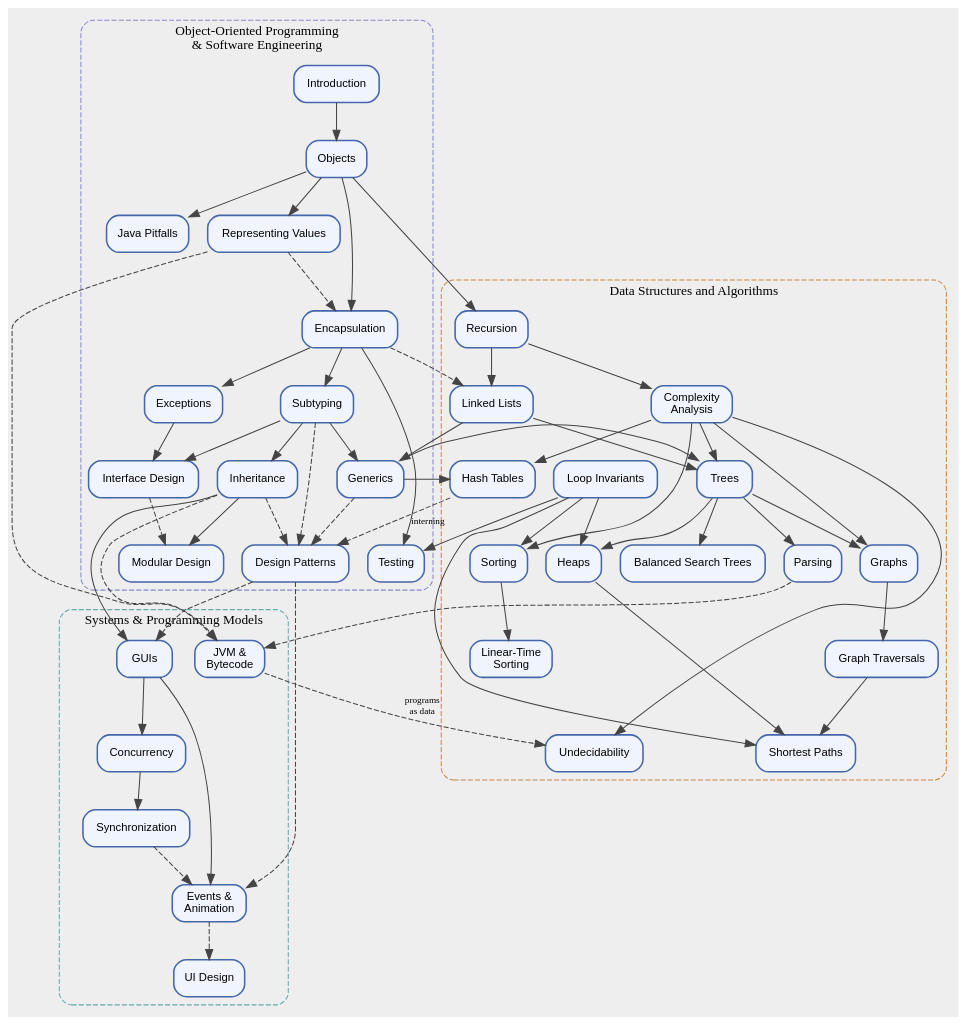
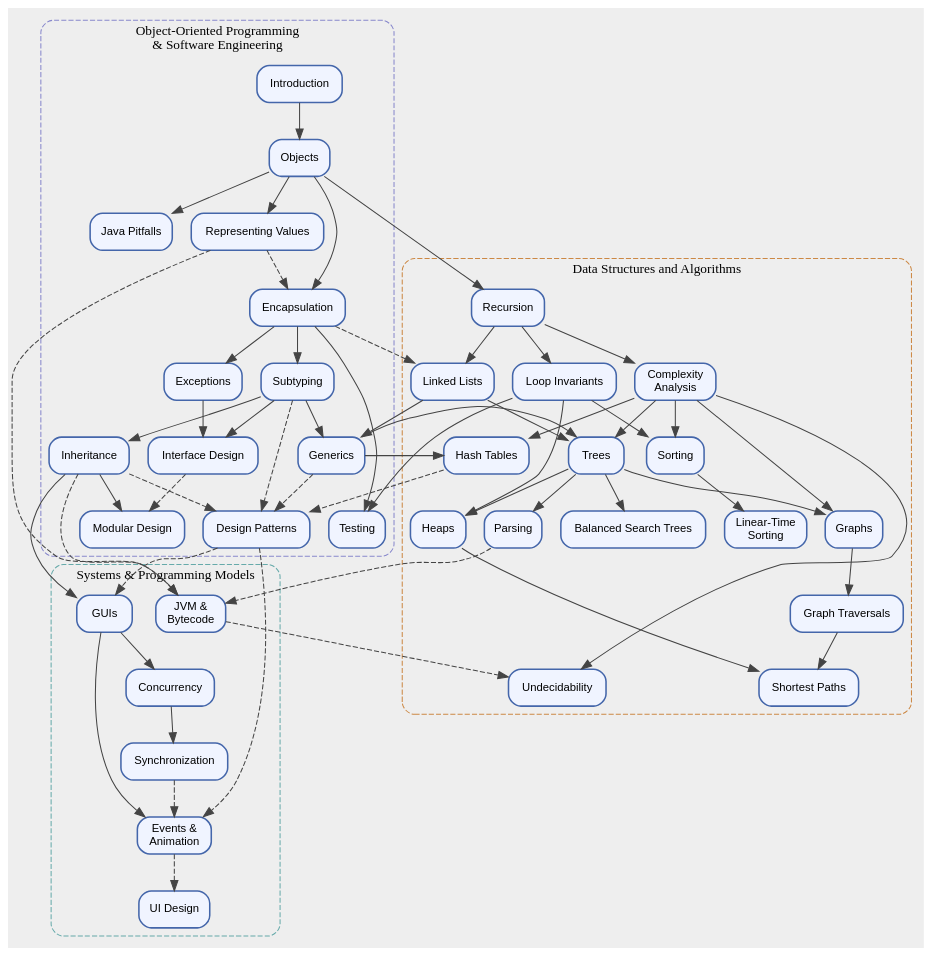
One commit to andrewcmyers/oodds changed the diagram in lectures/dependencies.dot. Above: the diagram before and after it, drawn with Graphviz. The commit also changed 1 other file, not shown here.

```diff
--- a/lectures/dependencies.dot
+++ b/lectures/dependencies.dot
@@ -1,170 +1,170 @@
 // Lecture dependency diagram
 // Solid edges = strict prerequisite (must read X before Y)
 // Dashed edges = helpful background (X provides useful context for Y)
 
 digraph dependencies {
     rankdir=TB
     node [shape=box, style="rounded,filled", fontname="Helvetica", fontsize=11,
           fillcolor="#f0f4ff", color="#4466aa", penwidth=1.5]
     edge [color="#444444"]
     bgcolor = "#eeeeee"
 
     // === OOP & Software Engineering ===
     subgraph cluster_oop {
         label="Object-Oriented Programming\n& Software Engineering"
         style="rounded,dashed"
         color="#8888cc"
         fontname="Helvetica Bold"
         fontsize=13
 
         intro    [label="Introduction"]
         objects  [label="Objects"]
         pitfalls [label="Java Pitfalls"]
         java_rep [label="Representing Values"]
         encapsulation [label="Encapsulation"]
         subtyping [label="Subtyping"]
         intf_design [label="Interface Design"]
         exceptions [label="Exceptions"]
         inheritance [label="Inheritance"]
         mod_design [label="Modular Design"]
         testing    [label="Testing"]
         patterns   [label="Design Patterns"]
         generics   [label="Generics"]
         { rank=same; testing; mod_design; }
     }
 
     // === Data Structures and Algorithms ===
     subgraph cluster_dsa {
         label="Data Structures and Algorithms"
         style="rounded,dashed"
         color="#cc8844"
         fontname="Helvetica Bold"
         fontsize=13
 
         recursion [label="Recursion"]
         lists [label="Linked Lists"]
         complexity [label="Complexity\nAnalysis"]
         loopinv    [label="Loop Invariants"]
         trees      [label="Trees"]
         hashtables [label="Hash Tables"]
         parsing    [label="Parsing"]
         sorting    [label="Sorting"]
         radix_sort [label="Linear-Time\nSorting"]
         heaps      [label="Heaps"]
         avl        [label="Balanced Search Trees"]
         graphs     [label="Graphs"]
         traversals [label="Graph Traversals"]
         ssp        [label="Shortest Paths"]
         undecidability  [label="Undecidability"]
         { rank=same; undecidability; ssp; }
     }
 
     // === Programming Models ===
     subgraph cluster_pm {
         label="Systems & Programming Models"
         style="rounded,dashed"
         color="#66aaaa"
         fontname="Helvetica Bold"
         fontsize=13
 
         gui        [label="GUIs"]
         guievents  [label="Events &\nAnimation"]
         uidesign   [label="UI Design"]
         concurrency     [label="Concurrency"]
         synchronization [label="Synchronization"]
         jvm             [label="JVM &\nBytecode"]
     }
 
     // ============================
     // Strict prerequisites (solid)
     // ============================
 
     // Core OOP chain
     intro -> objects
     objects -> pitfalls
     objects -> java_rep
     objects -> encapsulation
     encapsulation -> subtyping
     subtyping -> intf_design
     subtyping -> inheritance
     encapsulation -> exceptions
     exceptions -> intf_design
 
     // Software engineering
     inheritance -> mod_design
     encapsulation -> testing
 
     // Data structures
     objects -> recursion
     recursion -> complexity
     recursion -> lists
+    recursion -> loopinv
     subtyping -> generics
     lists -> trees
     lists -> generics
     generics -> trees
     generics -> hashtables
     trees -> heaps
     trees -> avl
     trees -> parsing
 
     // Algorithm analysis
     complexity -> sorting
     complexity -> trees
     complexity -> hashtables
     sorting -> radix_sort
 
     // Graphs
     trees -> graphs
     complexity -> graphs
     graphs -> traversals
     traversals -> ssp
     heaps -> ssp
 
     // GUI
     gui -> guievents
 
     // Systems
     concurrency -> synchronization
 
     // ============================
     // Helpful background (dashed)
     // ============================
 
     // OOP connections
     java_rep -> encapsulation [style=dashed]
     java_rep -> jvm [style=dashed]
     intf_design -> mod_design [style=dashed]
 
     // SE to data structures
     encapsulation -> lists [style=dashed]
 
     // Algorithm analysis
     loopinv -> sorting
-    loopinv -> ssp
     loopinv -> heaps
     loopinv -> testing
 
     // Design patterns bridge
     inheritance -> patterns [style=dashed]
     subtyping -> patterns [style=dashed]
     generics -> patterns [style=dashed]
-    hashtables -> patterns [style=dashed, label="interning", fontsize=9]
+    hashtables -> patterns [style=dashed]
 
     // GUI connections
     patterns -> gui [style=dashed]
     inheritance -> gui
     patterns -> guievents [style=dashed]
     guievents -> uidesign [style=dashed]
 
     // Concurrency
     gui -> concurrency
     synchronization -> guievents [style=dashed]
 
     // JVM
     inheritance -> jvm [style=dashed]
     parsing -> jvm [style=dashed]
 
     // Undecidability
     complexity -> undecidability
-    jvm -> undecidability [style=dashed, label="programs\nas data", fontsize=9]
+    jvm -> undecidability [style=dashed]
 }
```
